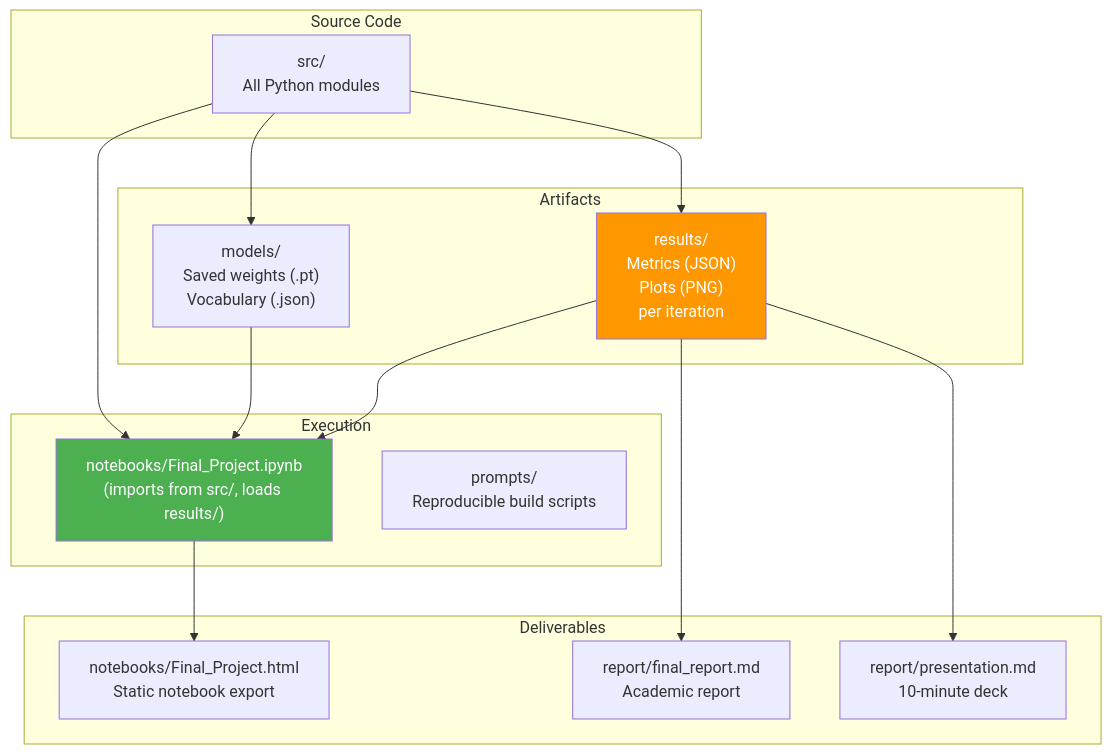
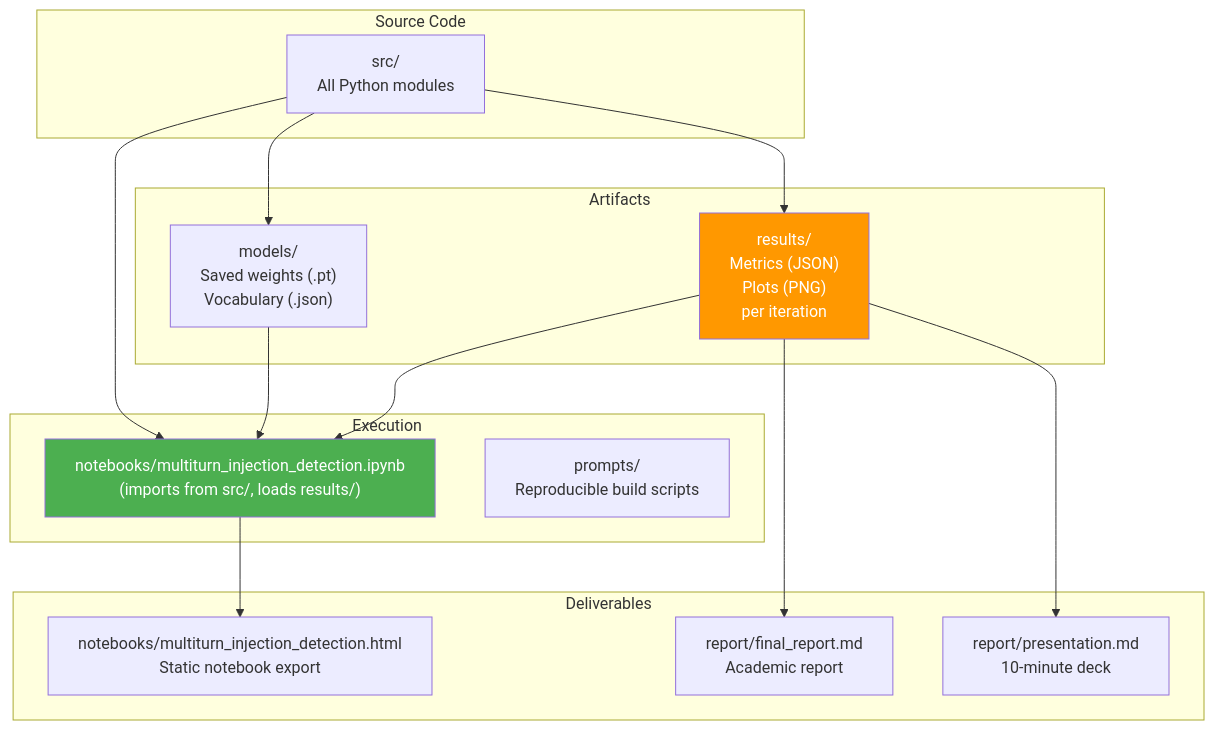
The fourth of 4 diagrams in README.md (rocklambros/multiturn-injection-detection), drawn with Mermaid before and after one commit. The commit also changed other lines of this file and 3 other files, not shown here.

Commit message:
Rename notebook to multiturn_injection_detection

````diff
--- a/README.md
+++ b/README.md
@@ -250,34 +250,34 @@
 ```mermaid
 flowchart TD
     subgraph "Source Code"
         SRC["src/\nAll Python modules"]
     end
 
     subgraph "Execution"
-        NB["notebooks/Final_Project.ipynb\n(imports from src/, loads results/)"]
+        NB["notebooks/multiturn_injection_detection.ipynb\n(imports from src/, loads results/)"]
         PR["prompts/\nReproducible build scripts"]
     end
 
     subgraph "Artifacts"
         MOD["models/\nSaved weights (.pt)\nVocabulary (.json)"]
         RES["results/\nMetrics (JSON)\nPlots (PNG)\nper iteration"]
     end
 
     subgraph "Deliverables"
         RPT["report/final_report.md\nAcademic report"]
         PRES["report/presentation.md\n10-minute deck"]
-        HTML["notebooks/Final_Project.html\nStatic notebook export"]
+        HTML["notebooks/multiturn_injection_detection.html\nStatic notebook export"]
     end
 
     SRC --> NB
     SRC --> MOD
     SRC --> RES
     RES --> NB
     MOD --> NB
     NB --> HTML
     RES --> RPT
     RES --> PRES
 
     style NB fill:#4CAF50,color:#fff
     style RES fill:#FF9800,color:#fff
 ```
````
